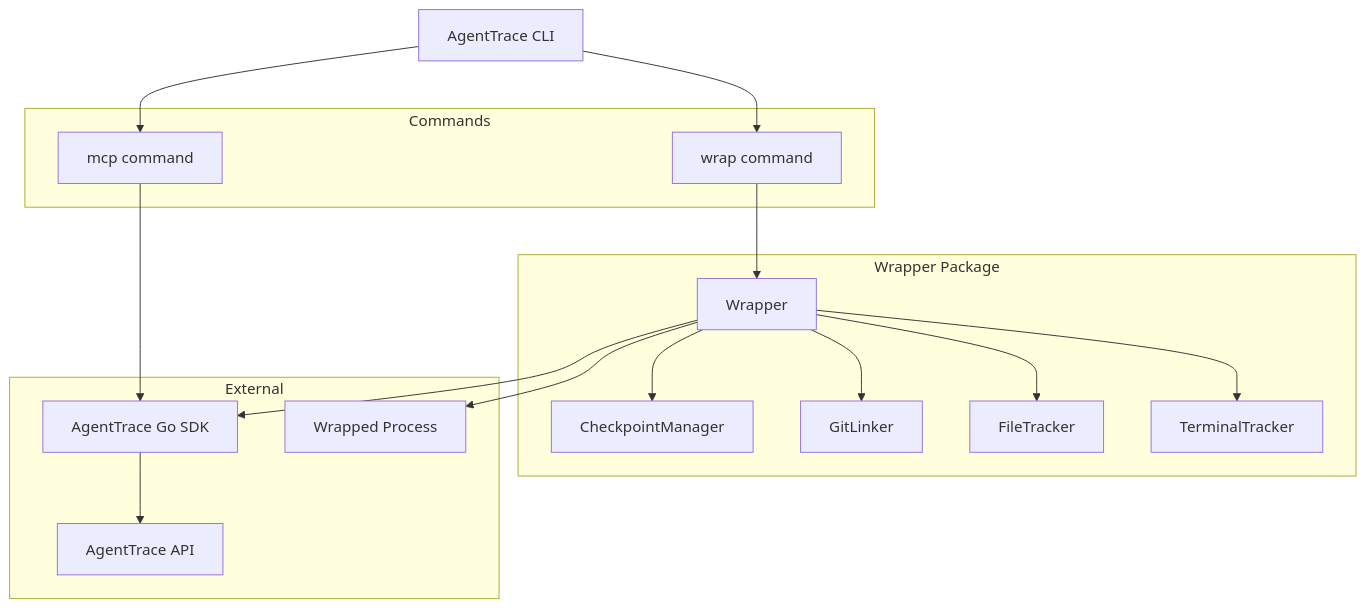
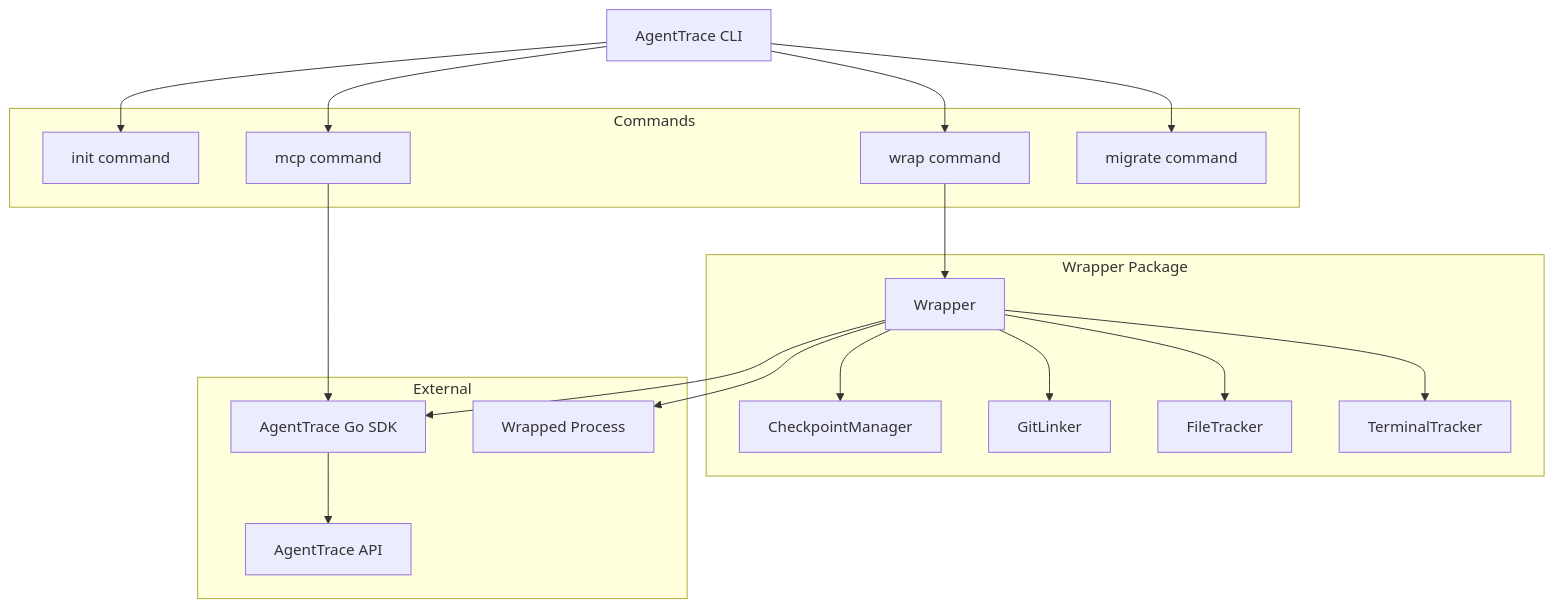
Before and after one commit to josedab/agenttrace: the second of 2 diagrams in docs/docs/sdks/cli.md, drawn with Mermaid. The commit also changed other lines of this file and 32 other files, not shown here.

````diff
--- a/docs/docs/sdks/cli.md
+++ b/docs/docs/sdks/cli.md
@@ -282,37 +329,41 @@
 ```mermaid
 graph TB
     CLI[AgentTrace CLI]
 
     subgraph Commands
+        Init[init command]
         Wrap[wrap command]
         MCP[mcp command]
+        Migrate[migrate command]
     end
 
     subgraph Wrapper Package
         W[Wrapper]
         CM[CheckpointManager]
         GL[GitLinker]
         FT[FileTracker]
         TT[TerminalTracker]
     end
 
     subgraph External
         SDK[AgentTrace Go SDK]
         API[AgentTrace API]
         Process[Wrapped Process]
     end
 
     CLI --> Wrap
     CLI --> MCP
+    CLI --> Init
+    CLI --> Migrate
 
     Wrap --> W
     W --> CM
     W --> GL
     W --> FT
     W --> TT
 
     W --> SDK
     MCP --> SDK
     SDK --> API
     W --> Process
 ```
````
